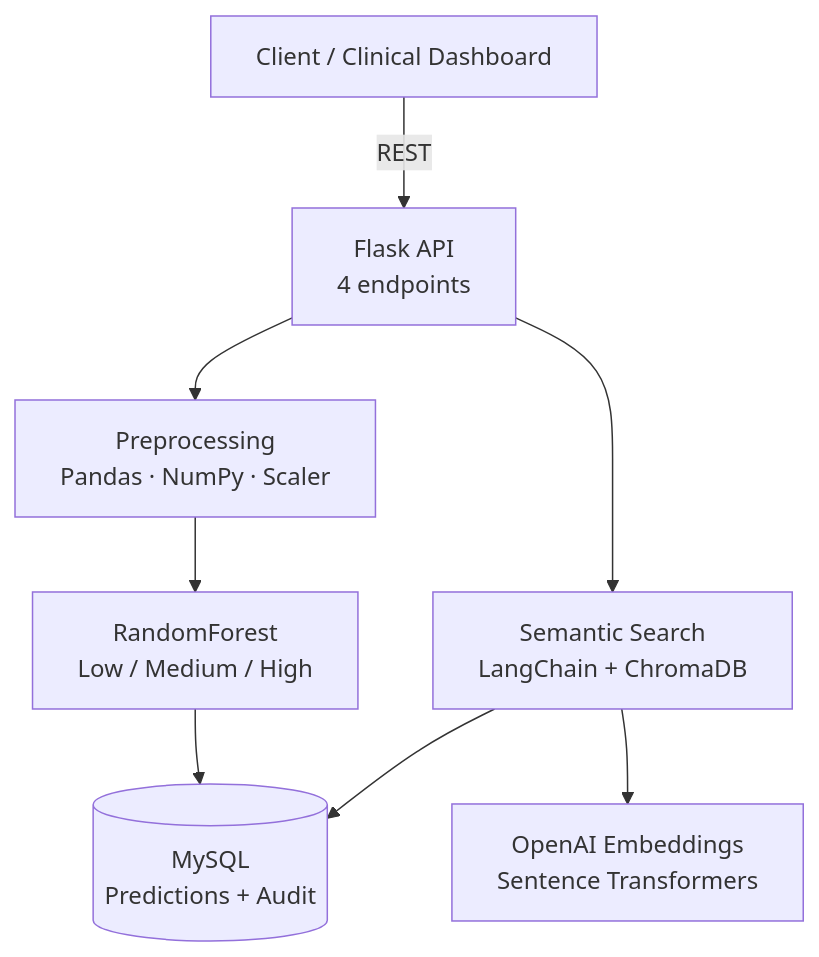
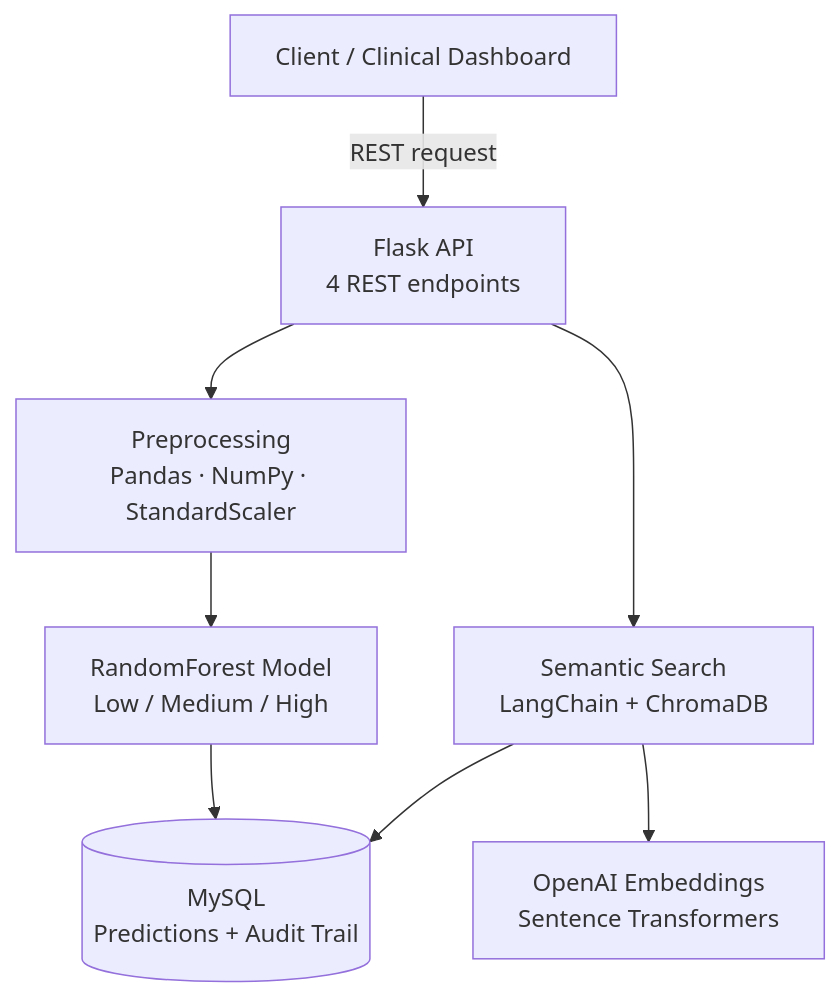
The second of 2 diagrams in README.md (punniyam26-hash/punniyam26-hash), drawn with Mermaid before and after one commit. The commit also changed other lines of this file, not shown here.

````diff
--- a/README.md
+++ b/README.md
@@ -279,10 +107,10 @@
-        <div class="mermaid">
+```mermaid
 flowchart TD
-    A[Client / Clinical Dashboard] -->|REST| B[Flask API<br/>4 endpoints]
-    B --> C[Preprocessing<br/>Pandas · NumPy · Scaler]
+    A[Client / Clinical Dashboard] -->|REST request| B[Flask API<br/>4 REST endpoints]
+    B --> C[Preprocessing<br/>Pandas · NumPy · StandardScaler]
     B --> D[Semantic Search<br/>LangChain + ChromaDB]
     D --> E[OpenAI Embeddings<br/>Sentence Transformers]
-    C --> F[RandomForest<br/>Low / Medium / High]
-    F --> G[(MySQL<br/>Predictions + Audit)]
+    C --> F[RandomForest Model<br/>Low / Medium / High]
+    F --> G[(MySQL<br/>Predictions + Audit Trail)]
     D --> G
-        </div>
+```
````
